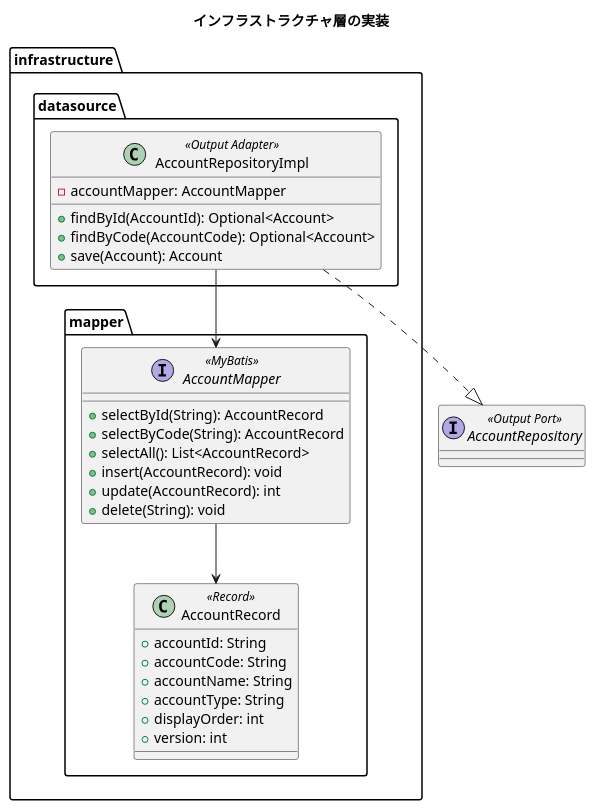
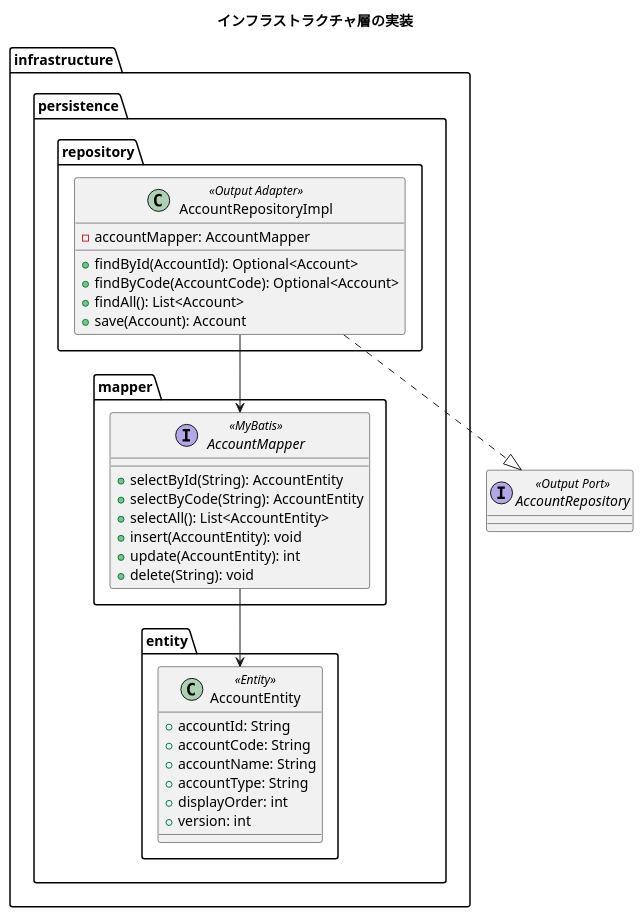
The fourth of 6 diagrams in docs/design/architecture_backend.md (k2works/case-study-accounting), drawn with PlantUML before and after one commit. The commit also changed other lines of this file, not shown here.

First line of the commit message:
docs(design): architecture_backend.md の整合性を修正

````diff
--- a/docs/design/architecture_backend.md
+++ b/docs/design/architecture_backend.md
@@ -354,40 +386,43 @@
 ```plantuml
 @startuml
 title インフラストラクチャ層の実装
 
-package "infrastructure.datasource" {
+package "infrastructure.persistence.repository" {
   class AccountRepositoryImpl <<Output Adapter>> {
     - accountMapper: AccountMapper
     + findById(AccountId): Optional<Account>
     + findByCode(AccountCode): Optional<Account>
+    + findAll(): List<Account>
     + save(Account): Account
   }
 }
 
-package "infrastructure.mapper" {
+package "infrastructure.persistence.mapper" {
   interface AccountMapper <<MyBatis>> {
-    + selectById(String): AccountRecord
-    + selectByCode(String): AccountRecord
-    + selectAll(): List<AccountRecord>
-    + insert(AccountRecord): void
-    + update(AccountRecord): int
+    + selectById(String): AccountEntity
+    + selectByCode(String): AccountEntity
+    + selectAll(): List<AccountEntity>
+    + insert(AccountEntity): void
+    + update(AccountEntity): int
     + delete(String): void
   }
+}
 
-  class AccountRecord <<Record>> {
+package "infrastructure.persistence.entity" {
+  class AccountEntity <<Entity>> {
     + accountId: String
     + accountCode: String
     + accountName: String
     + accountType: String
     + displayOrder: int
     + version: int
   }
 }
 
 interface AccountRepository <<Output Port>>
 
 AccountRepositoryImpl ..|> AccountRepository
 AccountRepositoryImpl --> AccountMapper
-AccountMapper --> AccountRecord
+AccountMapper --> AccountEntity
 @enduml
 ```
````
